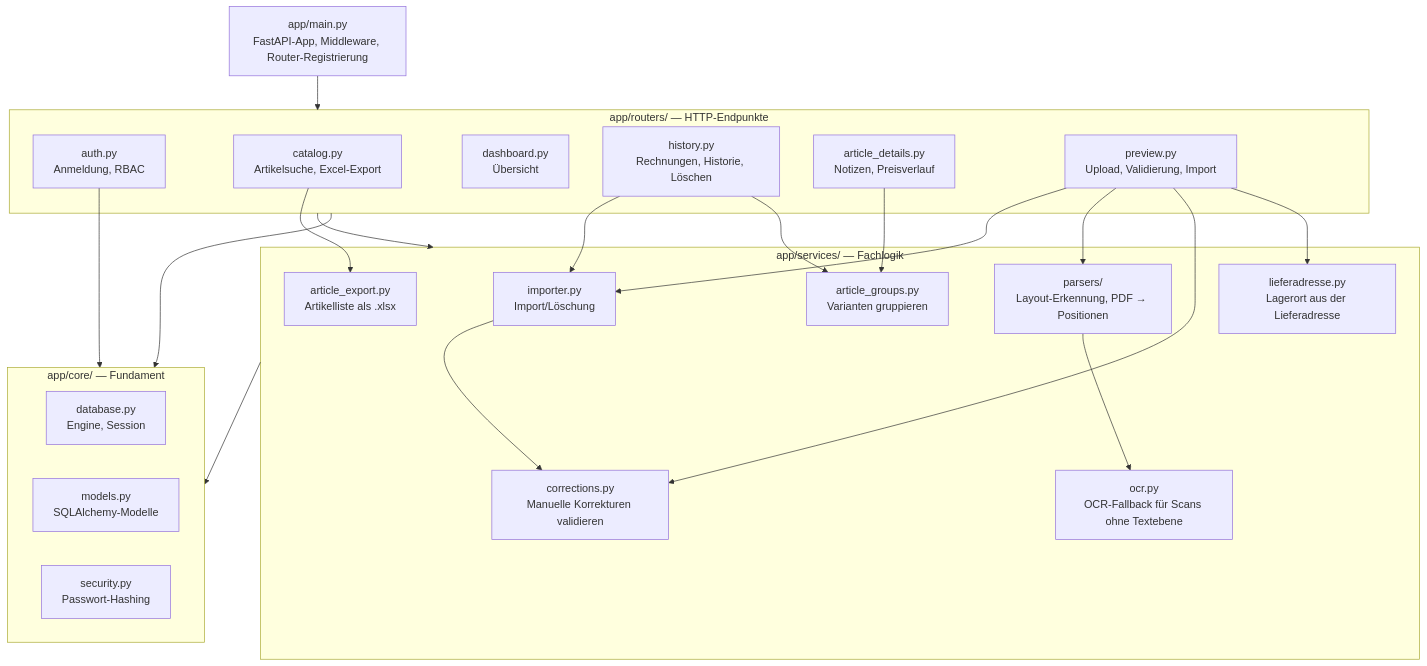
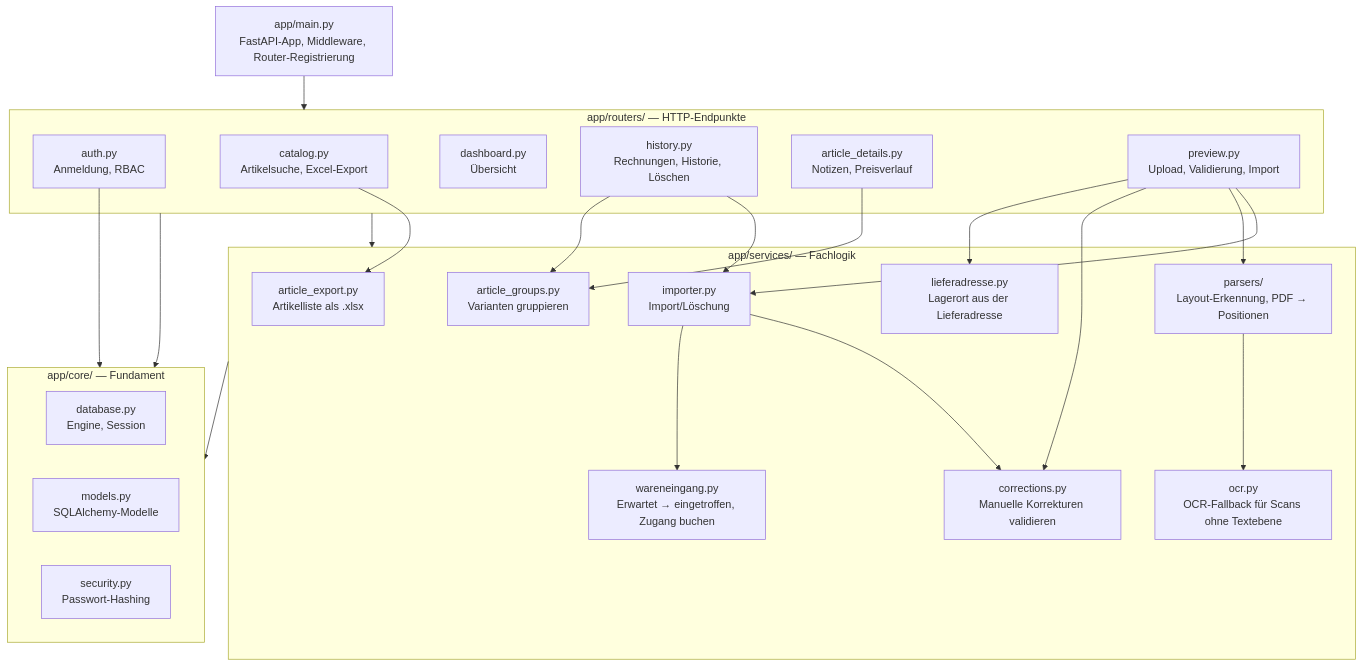
The first of 2 diagrams in docs/architektur.md (FreaXz03/sportfabrik-inventory), drawn with Mermaid before and after one commit. The commit also changed other lines of this file and 5 other files, not shown here.

First line of the commit message:
Doku: erwartet -> eingetroffen (Teilaufgabe B5) nachfuehren

````diff
--- a/docs/architektur.md
+++ b/docs/architektur.md
@@ -8,42 +8,44 @@
 ```mermaid
 flowchart TB
     main["app/main.py<br/>FastAPI-App, Middleware, Router-Registrierung"]
     subgraph routers["app/routers/ — HTTP-Endpunkte"]
         auth["auth.py<br/>Anmeldung, RBAC"]
         catalog["catalog.py<br/>Artikelsuche, Excel-Export"]
         dashboard["dashboard.py<br/>Übersicht"]
         history["history.py<br/>Rechnungen, Historie, Löschen"]
         article_details["article_details.py<br/>Notizen, Preisverlauf"]
         preview["preview.py<br/>Upload, Validierung, Import"]
     end
     subgraph services["app/services/ — Fachlogik"]
         importer["importer.py<br/>Import/Löschung"]
         lieferadresse["lieferadresse.py<br/>Lagerort aus der Lieferadresse"]
+        wareneingang["wareneingang.py<br/>Erwartet → eingetroffen, Zugang buchen"]
         parser["parsers/<br/>Layout-Erkennung, PDF → Positionen"]
         ocr["ocr.py<br/>OCR-Fallback für Scans ohne Textebene"]
         corrections["corrections.py<br/>Manuelle Korrekturen validieren"]
         article_groups["article_groups.py<br/>Varianten gruppieren"]
         article_export["article_export.py<br/>Artikelliste als .xlsx"]
     end
     subgraph core["app/core/ — Fundament"]
         database["database.py<br/>Engine, Session"]
         models["models.py<br/>SQLAlchemy-Modelle"]
         security["security.py<br/>Passwort-Hashing"]
     end
 
     main --> routers
     routers --> services
     routers --> core
     services --> core
     auth --> core
     preview --> importer
     preview --> parser
     preview --> corrections
     preview --> lieferadresse
     importer --> corrections
+    importer --> wareneingang
     parser --> ocr
     history --> importer
     history --> article_groups
     article_details --> article_groups
     catalog --> article_export
 ```
````
